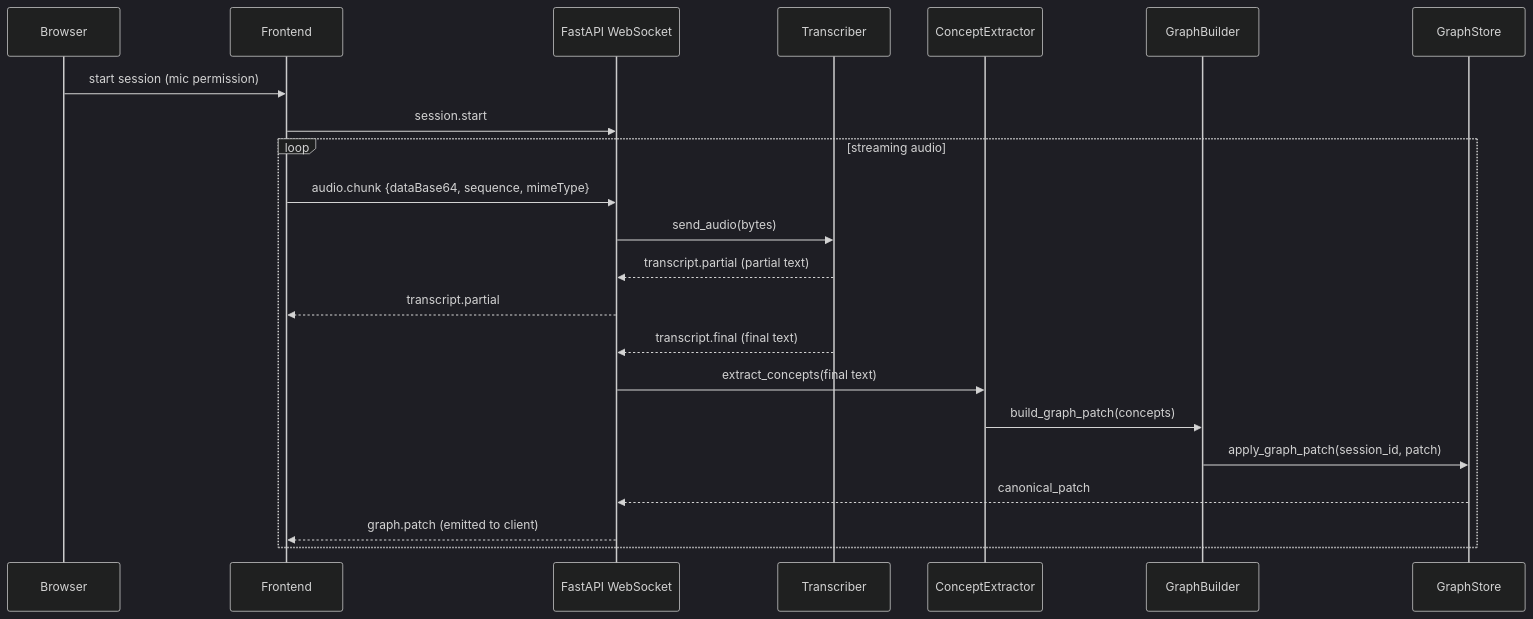
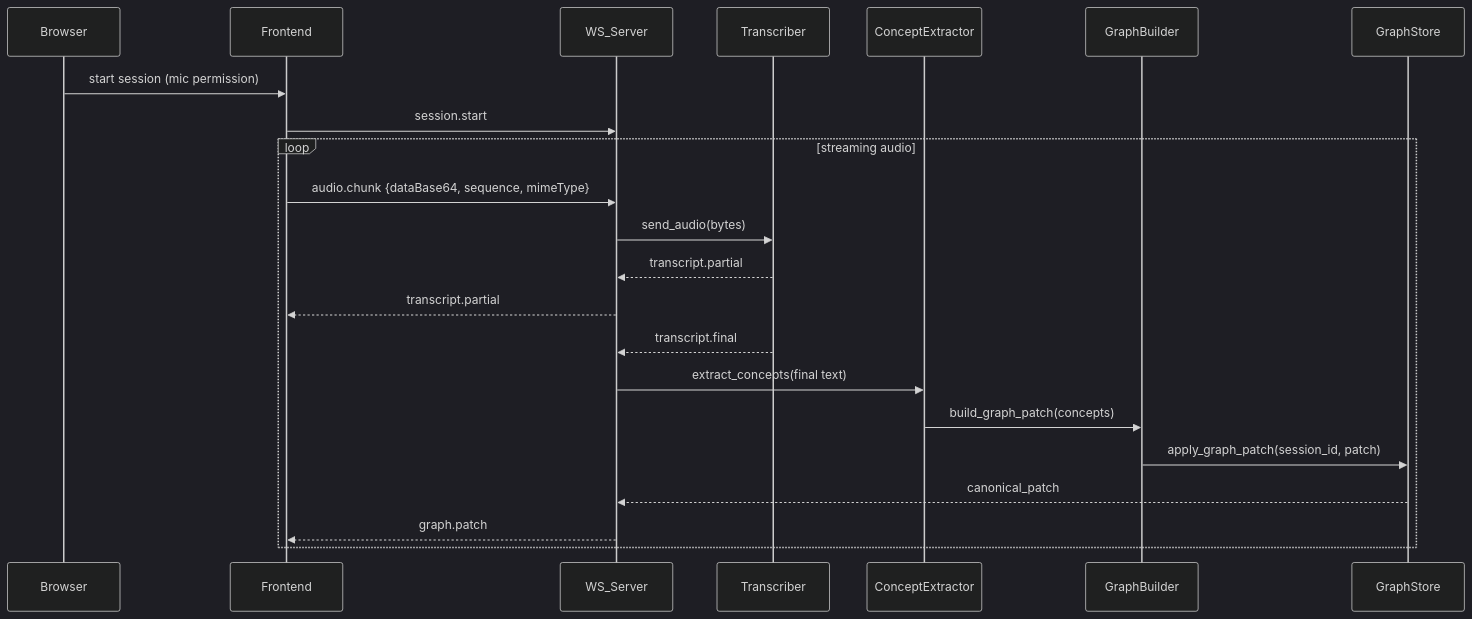
One commit to Shi6aSK/yap-map changed the second of 3 diagrams in README.md. Above: the diagram before and after it, drawn with Mermaid (dark theme). The commit also changed other lines of this file, not shown here.

Commit message:
Simplify Mermaid diagrams to fix parsing errors

````diff
--- a/README.md
+++ b/README.md
@@ -58,25 +58,25 @@
 ```mermaid
 sequenceDiagram
-	participant Client as Browser
-	participant FE as Frontend
-	participant WS as FastAPI WebSocket
-	participant TR as Transcriber
-	participant CE as ConceptExtractor
-	participant GB as GraphBuilder
-	participant GS as GraphStore
+  participant Client as Browser
+  participant FE as Frontend
+  participant WS as WS_Server
+  participant TR as Transcriber
+  participant CE as ConceptExtractor
+  participant GB as GraphBuilder
+  participant GS as GraphStore
 
-	Client->>FE: start session (mic permission)
-	FE->>WS: session.start
-	loop streaming audio
-		FE->>WS: audio.chunk {dataBase64, sequence, mimeType}
-		WS->>TR: send_audio(bytes)
-		TR-->>WS: transcript.partial (partial text)
-		WS-->>FE: transcript.partial
-		TR-->>WS: transcript.final (final text)
-		WS->>CE: extract_concepts(final text)
-		CE->>GB: build_graph_patch(concepts)
-		GB->>GS: apply_graph_patch(session_id, patch)
-		GS-->>WS: canonical_patch
-		WS-->>FE: graph.patch (emitted to client)
-	end
+  Client->>FE: start session (mic permission)
+  FE->>WS: session.start
+  loop streaming audio
+    FE->>WS: audio.chunk {dataBase64, sequence, mimeType}
+    WS->>TR: send_audio(bytes)
+    TR-->>WS: transcript.partial
+    WS-->>FE: transcript.partial
+    TR-->>WS: transcript.final
+    WS->>CE: extract_concepts(final text)
+    CE->>GB: build_graph_patch(concepts)
+    GB->>GS: apply_graph_patch(session_id, patch)
+    GS-->>WS: canonical_patch
+    WS-->>FE: graph.patch
+  end
 ```
````
